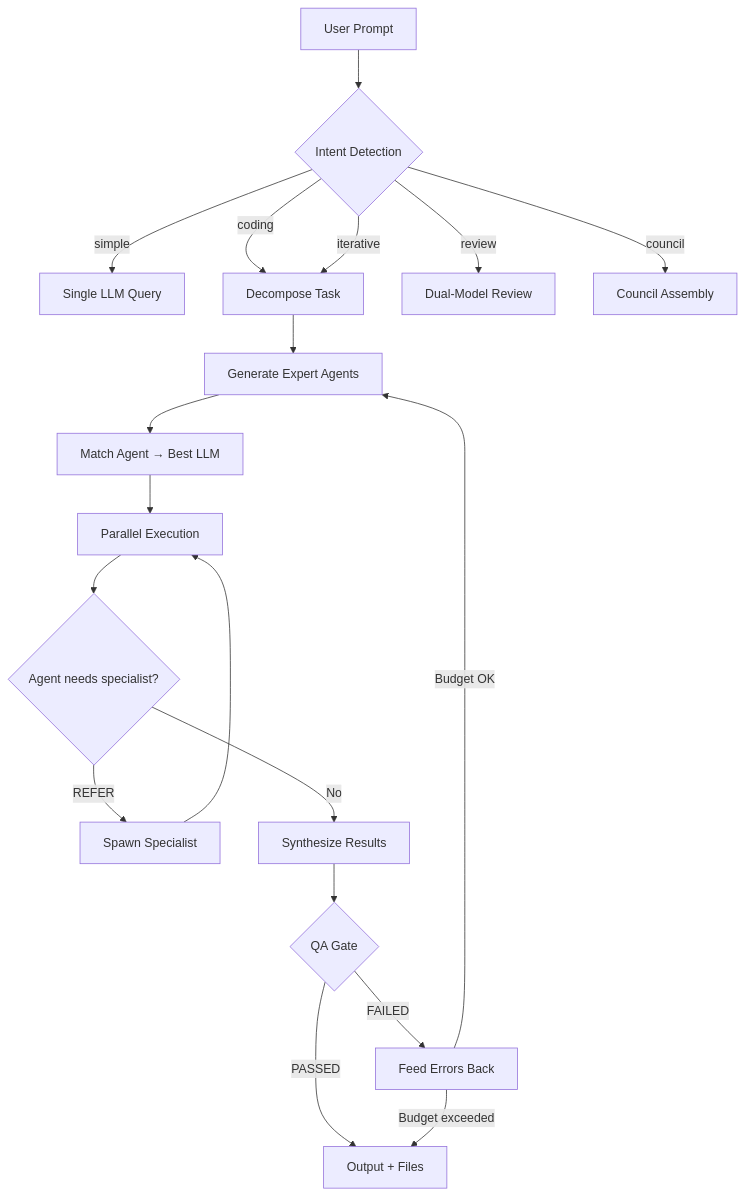
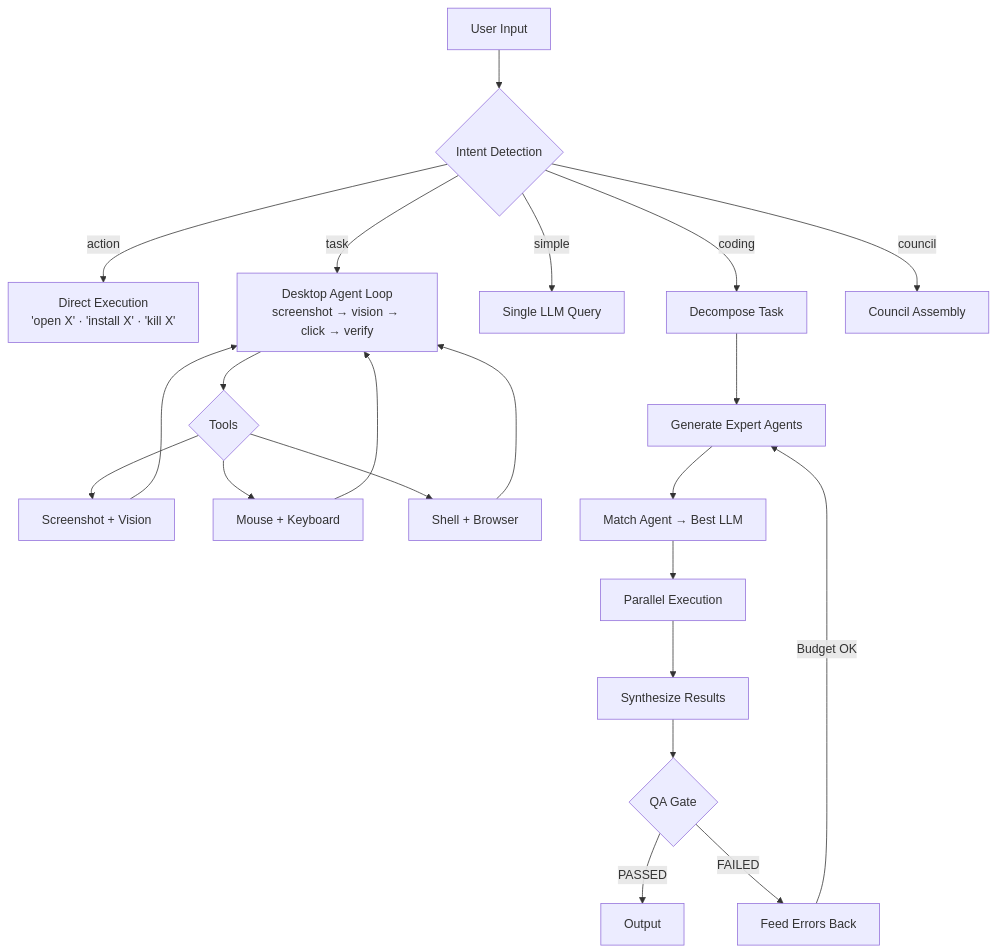
The third of 3 diagrams in README.md (thatcooperguy/nvHive), drawn with Mermaid before and after one commit. The commit also changed other lines of this file and 1 other file, not shown here.

Commit message:
docs: update diagrams for desktop agent and 3-tier routing
- Smart Router diagram now shows Action (instant) and Task (agent loop)
  paths alongside Simple/Coding/Complex
- Architecture diagram shows desktop agent loop: screenshot → vision →
  mouse/keyboard → verify cycle
- Terminal demo SVG updated to show desktop agent, natural language
  commands, and setup comfyui example
- Removed Premium escalation tier (replaced by agent task tier)

````diff
--- a/README.md
+++ b/README.md
@@ -138,21 +140,24 @@
 ```mermaid
 flowchart TB
-    P[User Prompt] --> I{Intent Detection}
+    P[User Input] --> I{Intent Detection}
+    I -->|action| ACT["Direct Execution\n'open X' · 'install X' · 'kill X'"]
+    I -->|task| AGENT["Desktop Agent Loop\nscreenshot → vision → click → verify"]
     I -->|simple| LLM[Single LLM Query]
     I -->|coding| D[Decompose Task]
-    I -->|iterative| D
-    I -->|review| REV[Dual-Model Review]
     I -->|council| CON[Council Assembly]
+    AGENT --> TOOLS{Tools}
+    TOOLS --> SCR[Screenshot + Vision]
+    TOOLS --> KB[Mouse + Keyboard]
+    TOOLS --> SH[Shell + Browser]
+    SCR --> AGENT
+    KB --> AGENT
+    SH --> AGENT
     D --> G[Generate Expert Agents]
     G --> M[Match Agent → Best LLM]
     M --> PAR[Parallel Execution]
-    PAR --> REF{Agent needs specialist?}
-    REF -->|REFER| SP[Spawn Specialist]
-    SP --> PAR
-    REF -->|No| SYN[Synthesize Results]
+    PAR --> SYN[Synthesize Results]
     SYN --> QA{QA Gate}
-    QA -->|PASSED| OUT[Output + Files]
+    QA -->|PASSED| OUT[Output]
     QA -->|FAILED| FB[Feed Errors Back]
     FB -->|Budget OK| G
-    FB -->|Budget exceeded| OUT
 ```
````
